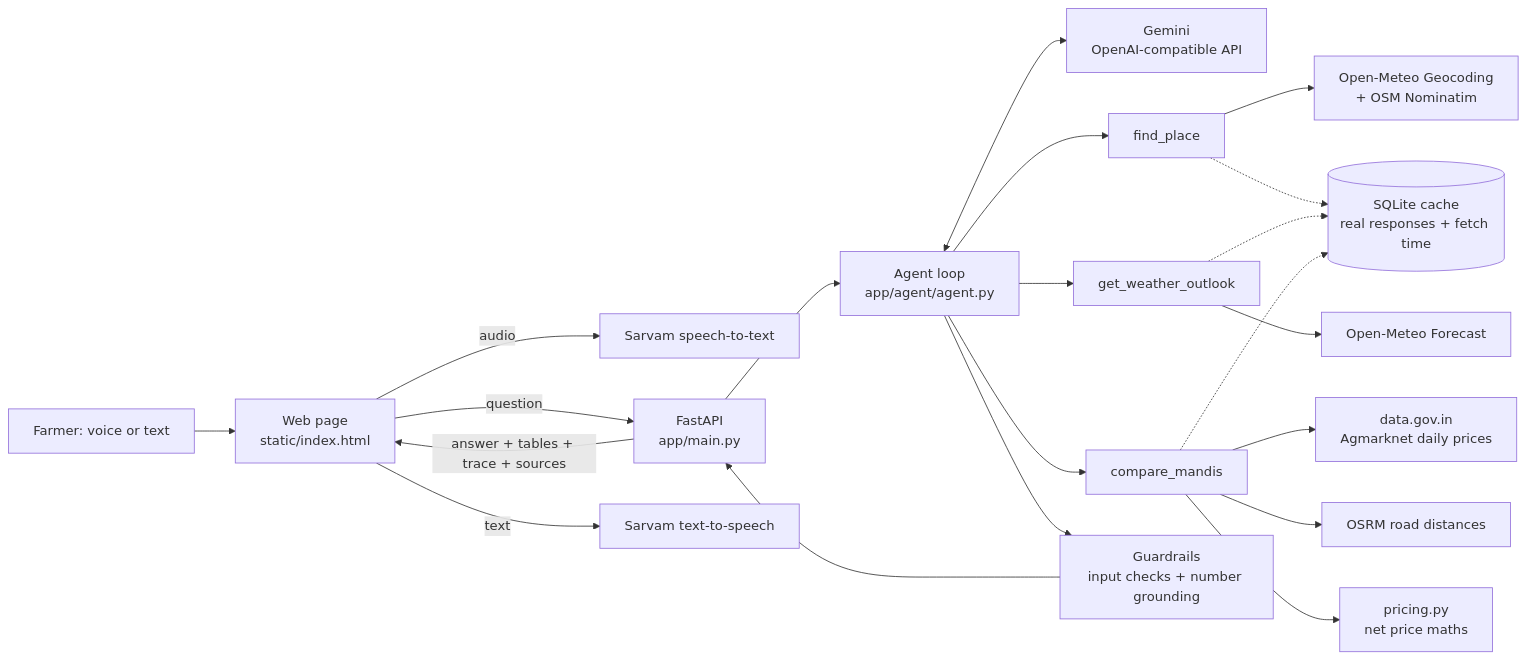
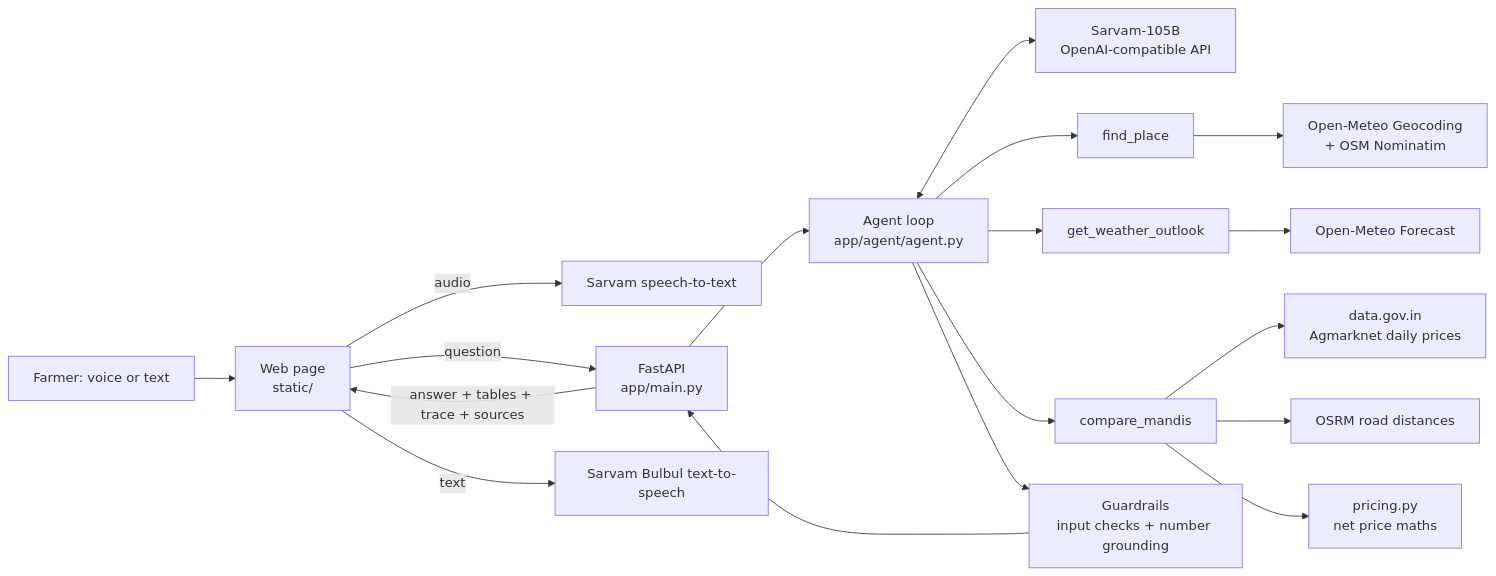
One commit to KunalwritesCode/mandi-mausam changed the diagram in README.md. Above: the diagram before and after it, drawn with Mermaid. The commit also changed other lines of this file and 8 other files, not shown here.

````diff
--- a/README.md
+++ b/README.md
@@ -30,21 +69,20 @@
 ```mermaid
 flowchart LR
-  U[Farmer: voice or text] --> FE[Web page<br/>static/index.html]
+  U[Farmer: voice or text] --> FE[Web page<br/>static/]
   FE -- audio --> STT[Sarvam speech-to-text]
   FE -- question --> API[FastAPI<br/>app/main.py]
   API --> AG[Agent loop<br/>app/agent/agent.py]
-  AG <--> LLM[Gemini<br/>OpenAI-compatible API]
+  AG <--> LLM[Sarvam-105B<br/>OpenAI-compatible API]
   AG --> T1[find_place]
   AG --> T2[get_weather_outlook]
   AG --> T3[compare_mandis]
   T1 --> GEO[Open-Meteo Geocoding<br/>+ OSM Nominatim]
   T2 --> WX[Open-Meteo Forecast]
   T3 --> DG[data.gov.in<br/>Agmarknet daily prices]
   T3 --> OSRM[OSRM road distances]
   T3 --> PR[pricing.py<br/>net price maths]
   AG --> GR[Guardrails<br/>input checks + number grounding]
   GR --> API
   API -- answer + tables + trace + sources --> FE
-  FE -- text --> TTS[Sarvam text-to-speech]
-  T1 & T2 & T3 -.-> C[(SQLite cache<br/>real responses + fetch time)]
+  FE -- text --> TTS[Sarvam Bulbul text-to-speech]
 ```
````
